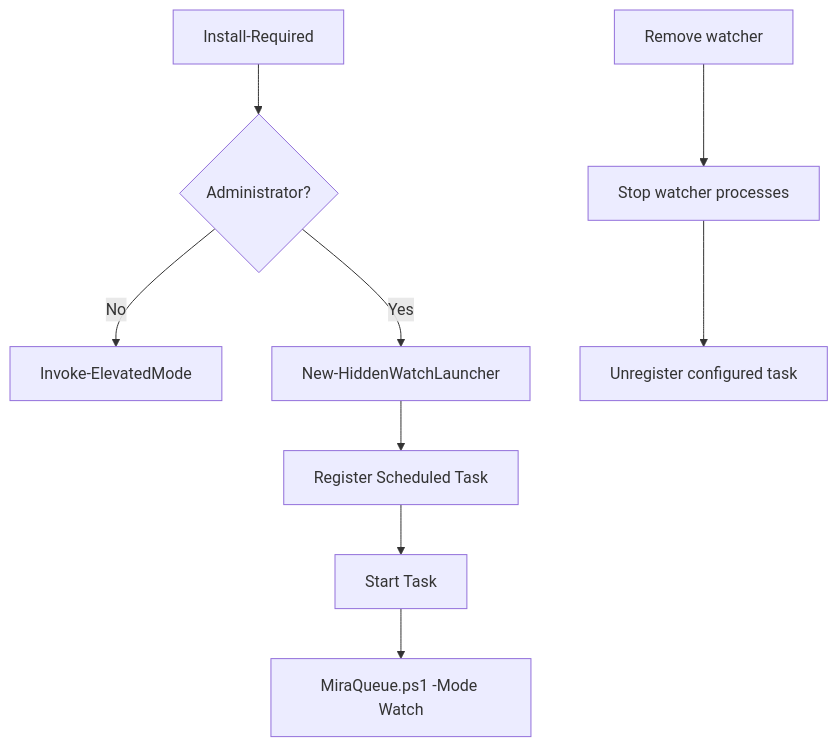
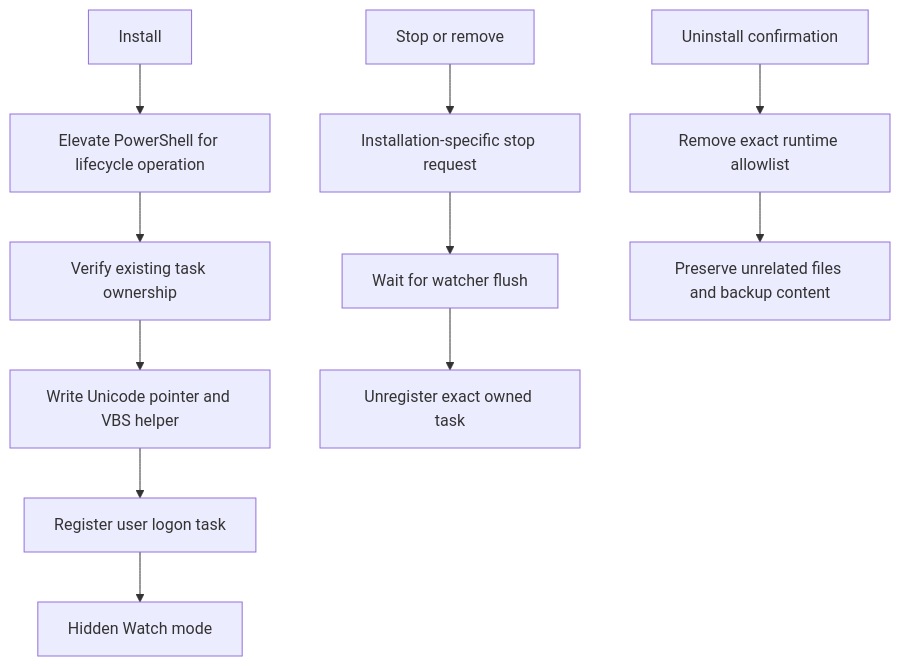
One commit to AMD4x/miraqueue changed the diagram in docs/maps/scheduled-task-map.md. Above: the diagram before and after it, drawn with Mermaid. The commit also changed other lines of this file and 41 other files, not shown here.

First line of the commit message:
Release MiraQueue V2.0.0

````diff
--- a/docs/maps/scheduled-task-map.md
+++ b/docs/maps/scheduled-task-map.md
@@ -3,11 +3,13 @@
 ```mermaid
-graph TD
-  A[Install-Required] --> B{Administrator?}
-  B -->|No| C[Invoke-ElevatedMode]
-  B -->|Yes| D[New-HiddenWatchLauncher]
-  D --> E[Register Scheduled Task]
-  E --> F[Start Task]
-  F --> G[MiraQueue.ps1 -Mode Watch]
-  H[Remove watcher] --> I[Stop watcher processes]
-  I --> J[Unregister configured task]
+flowchart TD
+  A[Install] --> B[Elevate PowerShell for lifecycle operation]
+  B --> C[Verify existing task ownership]
+  C --> D[Write Unicode pointer and VBS helper]
+  D --> E[Register user logon task]
+  E --> F[Hidden Watch mode]
+  G[Stop or remove] --> H[Installation-specific stop request]
+  H --> I[Wait for watcher flush]
+  I --> J[Unregister exact owned task]
+  K[Uninstall confirmation] --> L[Remove exact runtime allowlist]
+  L --> M[Preserve unrelated files and backup content]
 ```
````
